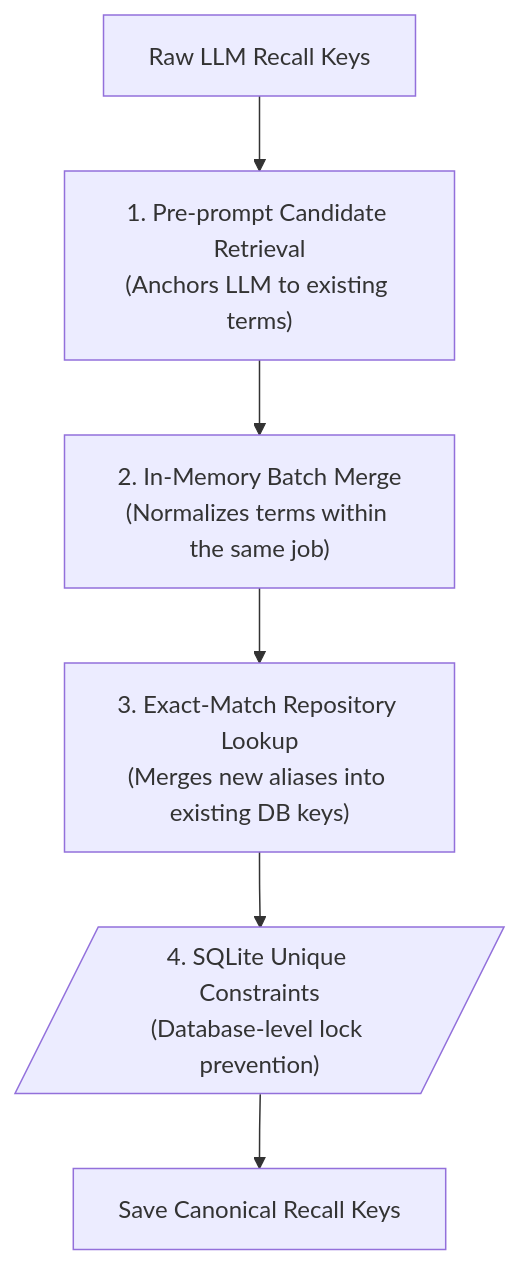
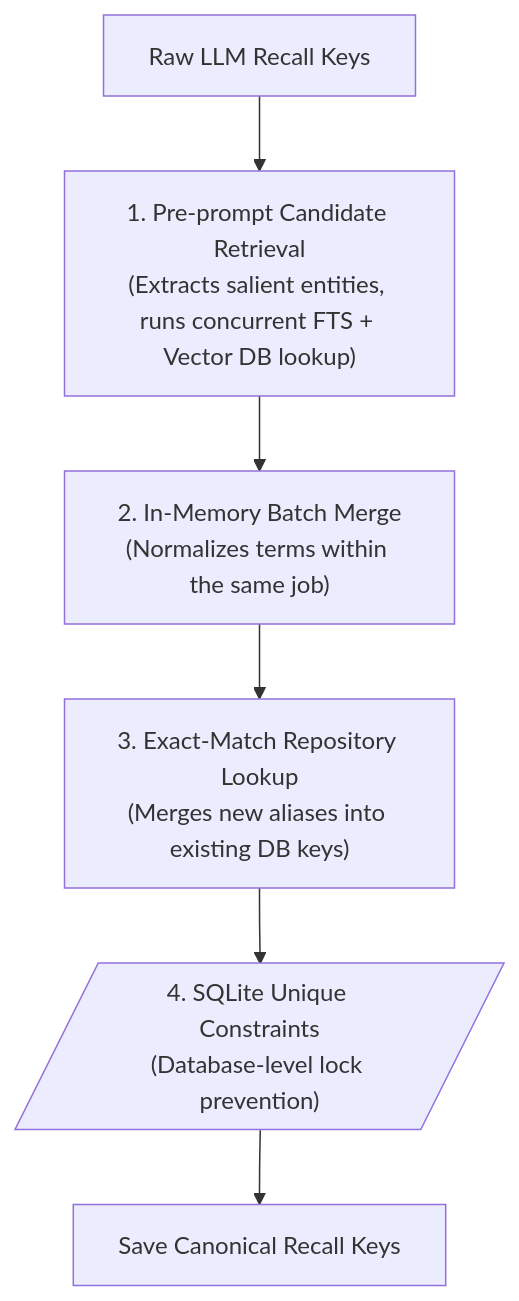
One commit to kuchuk-borom-debbarma/UnmessIt.AI changed the third of 14 diagrams in server/docs/architecture/ARCHITECTURE_DEEP_DIVE.md. Above: the diagram before and after it, drawn with Mermaid. The commit also changed 40 other files, not shown here.

First line of the commit message:
v0.1.7: Architecture Microsite, API Enhancements & Perspective Fixes (#25)

````diff
--- a/server/docs/architecture/ARCHITECTURE_DEEP_DIVE.md
+++ b/server/docs/architecture/ARCHITECTURE_DEEP_DIVE.md
@@ -65,8 +65,8 @@
 ```mermaid
 flowchart TD
-    LLM_KEYS["Raw LLM Recall Keys"] --> L1["1. Pre-prompt Candidate Retrieval\n(Anchors LLM to existing terms)"]
+    LLM_KEYS["Raw LLM Recall Keys"] --> L1["1. Pre-prompt Candidate Retrieval\n(Extracts salient entities, runs concurrent FTS + Vector DB lookup)"]
     L1 --> L2["2. In-Memory Batch Merge\n(Normalizes terms within the same job)"]
     L2 --> L3["3. Exact-Match Repository Lookup\n(Merges new aliases into existing DB keys)"]
     L3 --> L4[/"4. SQLite Unique Constraints\n(Database-level lock prevention)"/]
     L4 --> FINAL["Save Canonical Recall Keys"]
 ```
````
